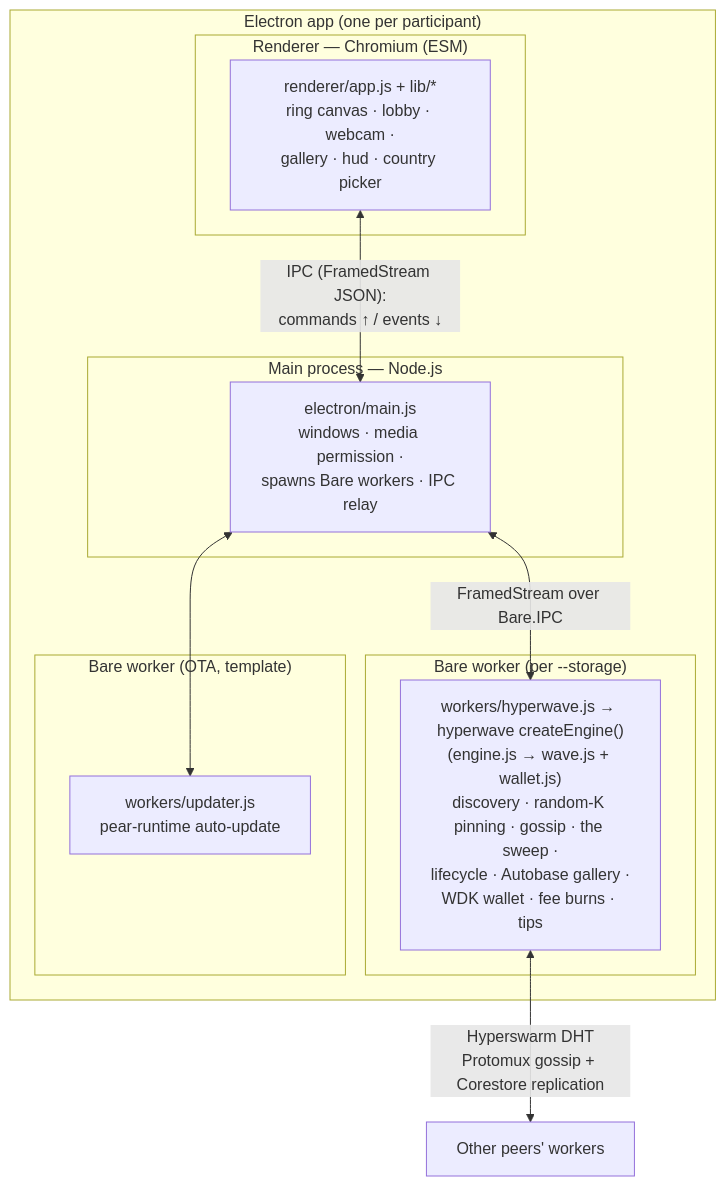
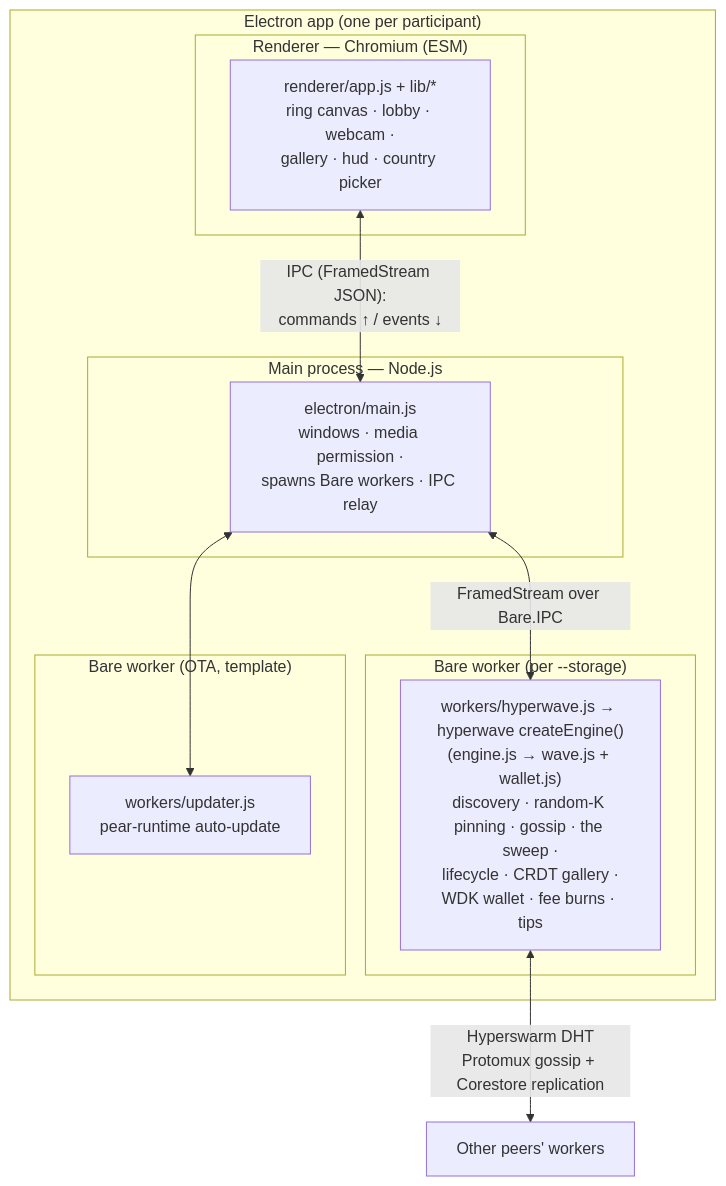
The diagram in docs/architecture.md (mnaamani/hyper-wave), drawn with Mermaid before and after one commit. The commit also changed other lines of this file and 4 other files, not shown here.

First line of the commit message:
docs: sync spec + guides to the multicore CRDT gallery (rewrite phase 3)

````diff
--- a/docs/architecture.md
+++ b/docs/architecture.md
@@ -22,23 +22,23 @@
 ```mermaid
 flowchart TB
   subgraph Electron["Electron app (one per participant)"]
     subgraph Main["Main process — Node.js"]
       M["electron/main.js<br/>windows · media permission ·<br/>spawns Bare workers · IPC relay"]
     end
     subgraph Renderer["Renderer — Chromium (ESM)"]
       R["renderer/app.js + lib/*<br/>ring canvas · lobby · webcam ·<br/>gallery · hud · country picker"]
     end
     subgraph Worker["Bare worker (per --storage)"]
-      W["workers/hyperwave.js → hyperwave createEngine()<br/>(engine.js → wave.js + wallet.js)<br/>discovery · random-K pinning · gossip · the sweep ·<br/>lifecycle · Autobase gallery ·<br/>WDK wallet · fee burns · tips"]
+      W["workers/hyperwave.js → hyperwave createEngine()<br/>(engine.js → wave.js + wallet.js)<br/>discovery · random-K pinning · gossip · the sweep ·<br/>lifecycle · CRDT gallery ·<br/>WDK wallet · fee burns · tips"]
     end
     subgraph Updater["Bare worker (OTA, template)"]
       U["workers/updater.js<br/>pear-runtime auto-update"]
     end
   end
 
   R <-->|"IPC (FramedStream JSON):<br/>commands ↑ / events ↓"| M
   M <-->|"FramedStream over Bare.IPC"| W
   M <--> U
 
   W <-->|"Hyperswarm DHT<br/>Protomux gossip + Corestore replication"| Peers["Other peers' workers"]
 ```
````
